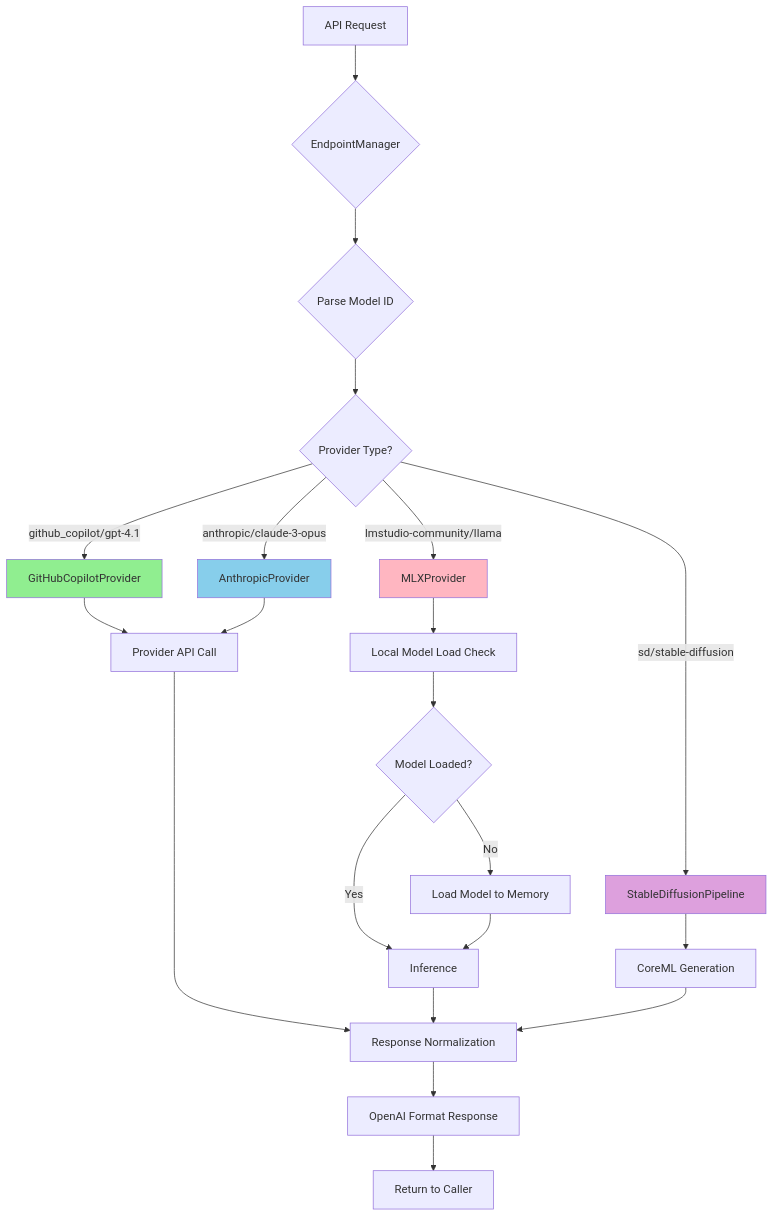
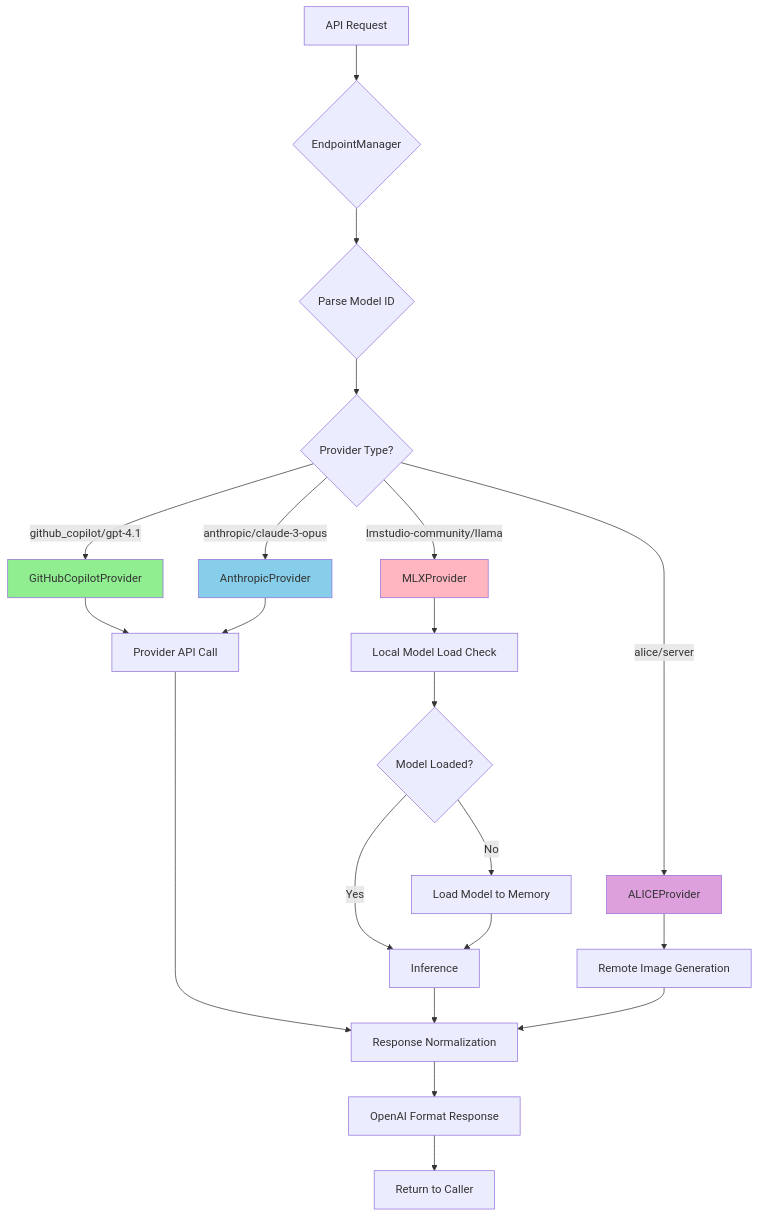
The second of 4 diagrams in project-docs/API_FRAMEWORK.md (SyntheticAutonomicMind/SAM), drawn with Mermaid before and after one commit. The commit also changed other lines of this file and 184 other files, not shown here.

````diff
--- a/project-docs/API_FRAMEWORK.md
+++ b/project-docs/API_FRAMEWORK.md
@@ -357,32 +349,32 @@
 ```mermaid
 flowchart TD
     A[API Request] --> B{EndpointManager}
     B --> C{Parse Model ID}
     C --> D{Provider Type?}
     D -->|github_copilot/gpt-4.1| E[GitHubCopilotProvider]
     D -->|anthropic/claude-3-opus| F[AnthropicProvider]
     D -->|lmstudio-community/llama| G[MLXProvider]
-    D -->|sd/stable-diffusion| H[StableDiffusionPipeline]
+    D -->|alice/server| H[ALICEProvider]
     
     E --> I[Provider API Call]
     F --> I
     G --> J[Local Model Load Check]
-    H --> K[CoreML Generation]
+    H --> K[Remote Image Generation]
     
     J --> L{Model Loaded?}
     L -->|Yes| M[Inference]
     L -->|No| N[Load Model to Memory]
     N --> M
     
     I --> O[Response Normalization]
     M --> O
     K --> O
     
     O --> P[OpenAI Format Response]
     P --> Q[Return to Caller]
     
     style E fill:#90EE90
     style F fill:#87CEEB
     style G fill:#FFB6C1
     style H fill:#DDA0DD
 ```
````
